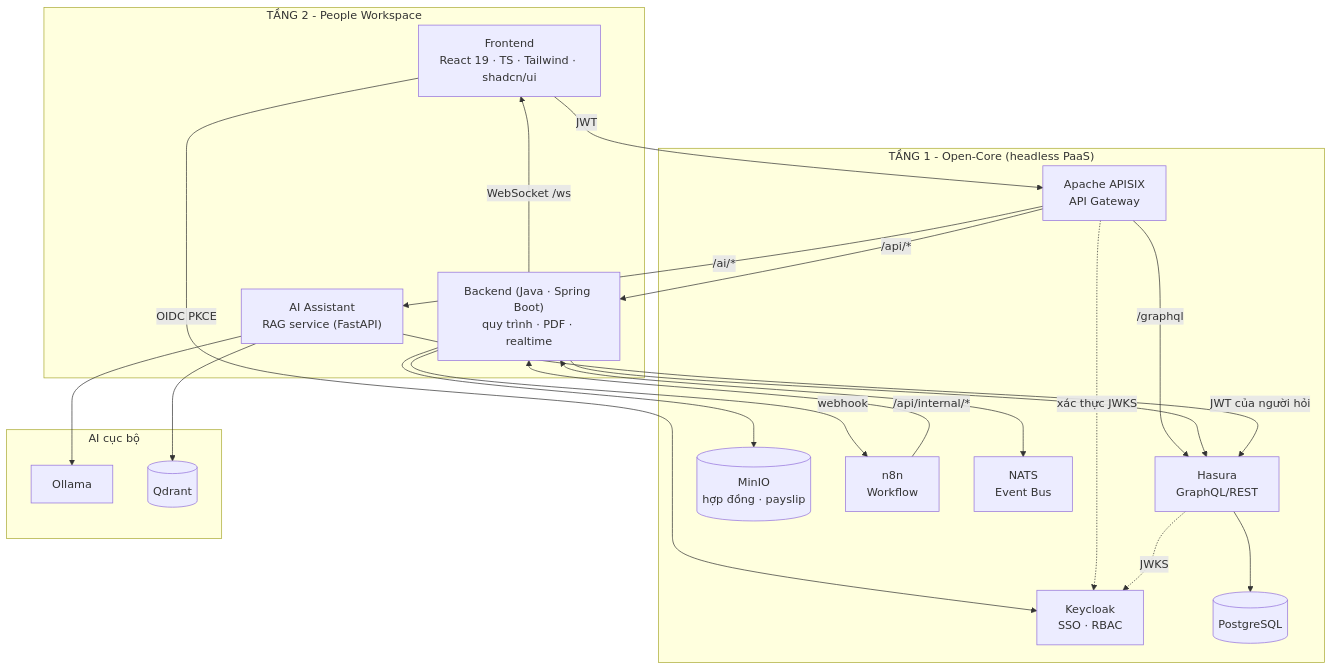
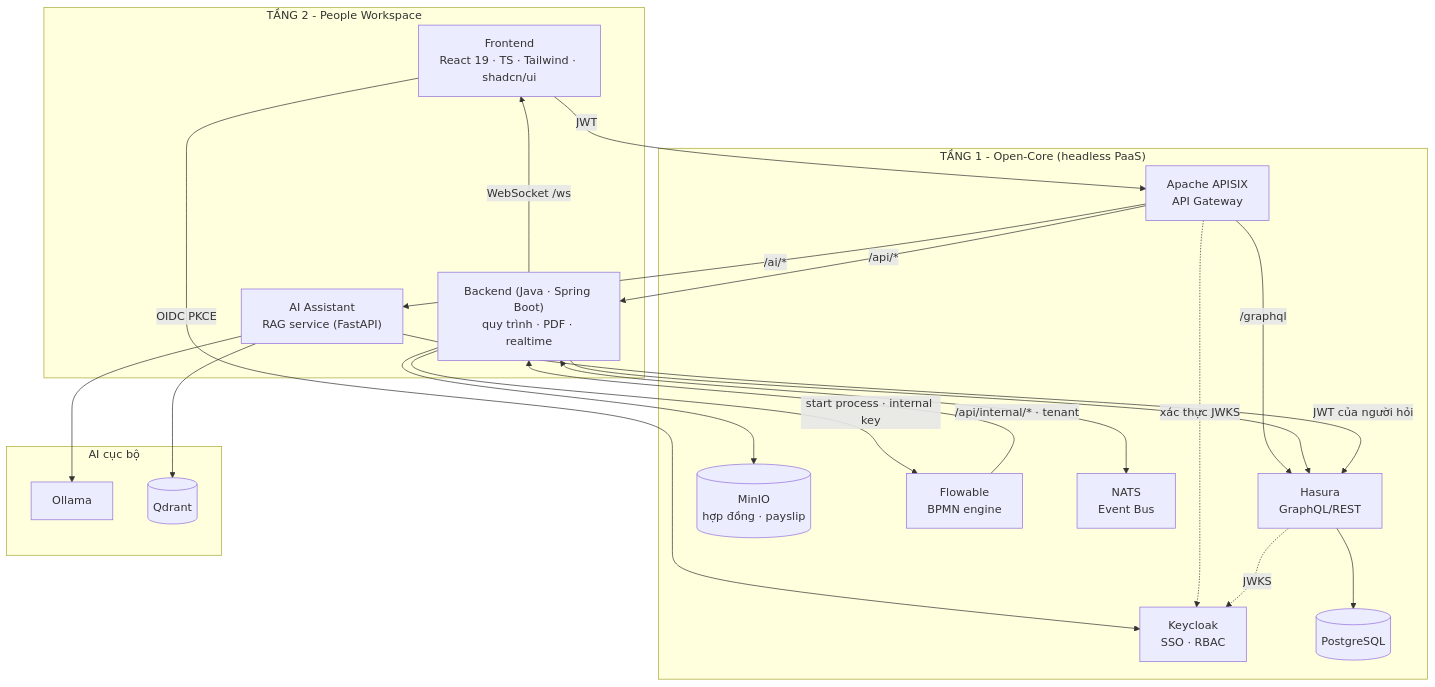
Before and after one commit to Nguyen16112006/PeopleOS: the first of 3 diagrams in docs/architecture.md, drawn with Mermaid. The commit also changed other lines of this file and 69 other files, not shown here.

First line of the commit message:
Thay n8n bằng Flowable BPMN

````diff
--- a/docs/architecture.md
+++ b/docs/architecture.md
@@ -9,37 +9,37 @@
 ```mermaid
 flowchart TB
   subgraph T2["TẦNG 2 - People Workspace"]
     FE["Frontend<br/>React 19 · TS · Tailwind · shadcn/ui"]
     BFF["Backend (Java · Spring Boot)<br/>quy trình · PDF · realtime"]
     AI["AI Assistant<br/>RAG service (FastAPI)"]
   end
   subgraph T1["TẦNG 1 - Open-Core (headless PaaS)"]
     GW["Apache APISIX<br/>API Gateway"]
     KC["Keycloak<br/>SSO · RBAC"]
     HS["Hasura<br/>GraphQL/REST"]
     PG[("PostgreSQL")]
     MN[("MinIO<br/>hợp đồng · payslip")]
-    N8["n8n<br/>Workflow"]
+    FW["Flowable<br/>BPMN engine"]
     NT["NATS<br/>Event Bus"]
   end
   subgraph ML["AI cục bộ"]
     OL["Ollama"]
     QD[("Qdrant")]
   end
   FE -- "OIDC PKCE" --> KC
   FE -- "JWT" --> GW
   GW -- "/graphql" --> HS --> PG
   GW -- "/api/*" --> BFF
   GW -- "/ai/*" --> AI
   GW -. "xác thực JWKS" .-> KC
   HS -. "JWKS" .-> KC
   BFF --> HS
   BFF --> MN
-  BFF -- "webhook" --> N8
-  N8 -- "/api/internal/*" --> BFF
+  BFF -- "start process · internal key" --> FW
+  FW -- "/api/internal/* · tenant" --> BFF
   BFF <--> NT
   BFF -- "WebSocket /ws" --> FE
   AI --> OL
   AI --> QD
   AI -- "JWT của người hỏi" --> HS
 ```
````
